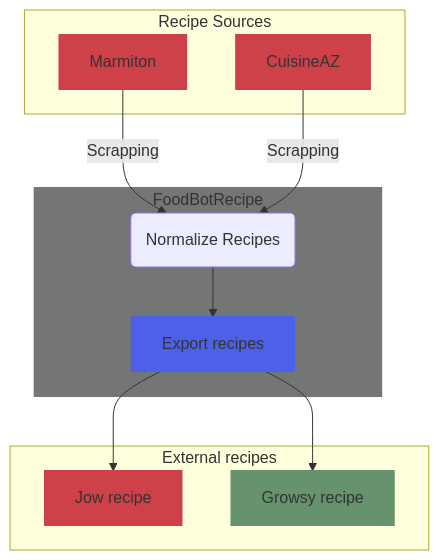
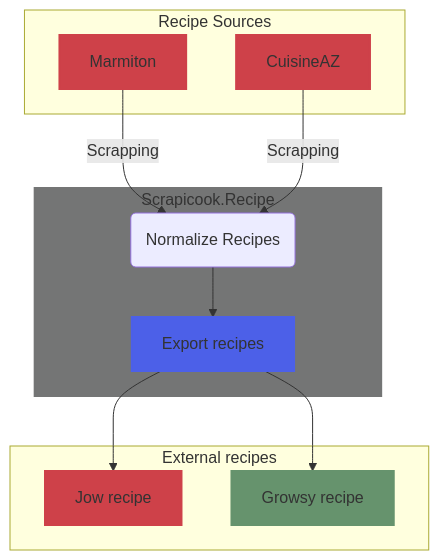
Before and after one commit to vincentbattez/Scrapicook: the fifth of 5 diagrams in readme.md, drawn with Mermaid. The commit also changed other lines of this file and 1 other file, not shown here.

Commit message:
feat: add interfaces and queries for recipe creation

````diff
--- a/readme.md
+++ b/readme.md
@@ -117,38 +183,38 @@
 ```mermaid
 graph TD
     %% colors
     style CAZ fill:#CE4149,stroke:#CE4149,stroke-width:2px
     style MAR fill:#CE4149,stroke:#CE4149,stroke-width:2px
     style JOW_RECIPE fill:#CE4149,stroke:#CE4149,stroke-width:2px
-    style FoodBotRecipe fill:#747575,stroke:#747575,stroke-width:2px
+    style Scrapicook.Recipe fill:#747575,stroke:#747575,stroke-width:2px
     style EXPORT fill:#4C60E8,stroke:#4C60E8,stroke-width:2px
 
     style GSY_RECIPE fill:#66936D,stroke:#66936D,stroke-width:2px
 
     %% subgraph
     subgraph Recipe Sources
         CAZ[CuisineAZ]
         MAR[Marmiton]
     end
 
-    subgraph FoodBotRecipe
+    subgraph Scrapicook.Recipe
         NORMALIZE_RECIPE(Normalize Recipes)
         EXPORT[Export recipes]
     end
     
     subgraph External_recipe[External recipes]
         GSY_RECIPE[Growsy recipe]
         JOW_RECIPE[Jow recipe]
     end
 
     %% Sources
     MAR -->|Scrapping| NORMALIZE_RECIPE
     CAZ -->|Scrapping| NORMALIZE_RECIPE
     
     %% Features
     NORMALIZE_RECIPE --> EXPORT
 
     %% Destination
     EXPORT --> GSY_RECIPE
     EXPORT --> JOW_RECIPE
 ```
````
